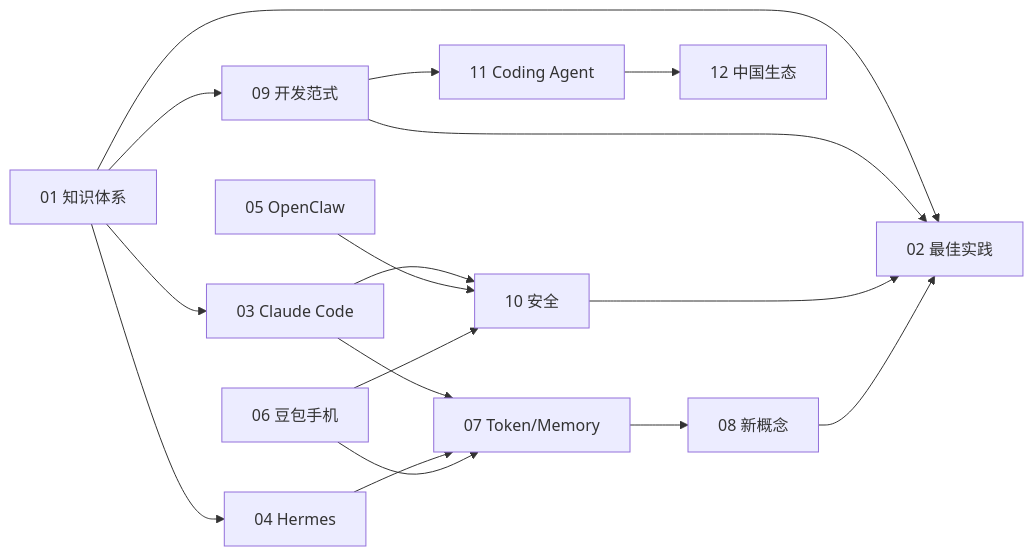
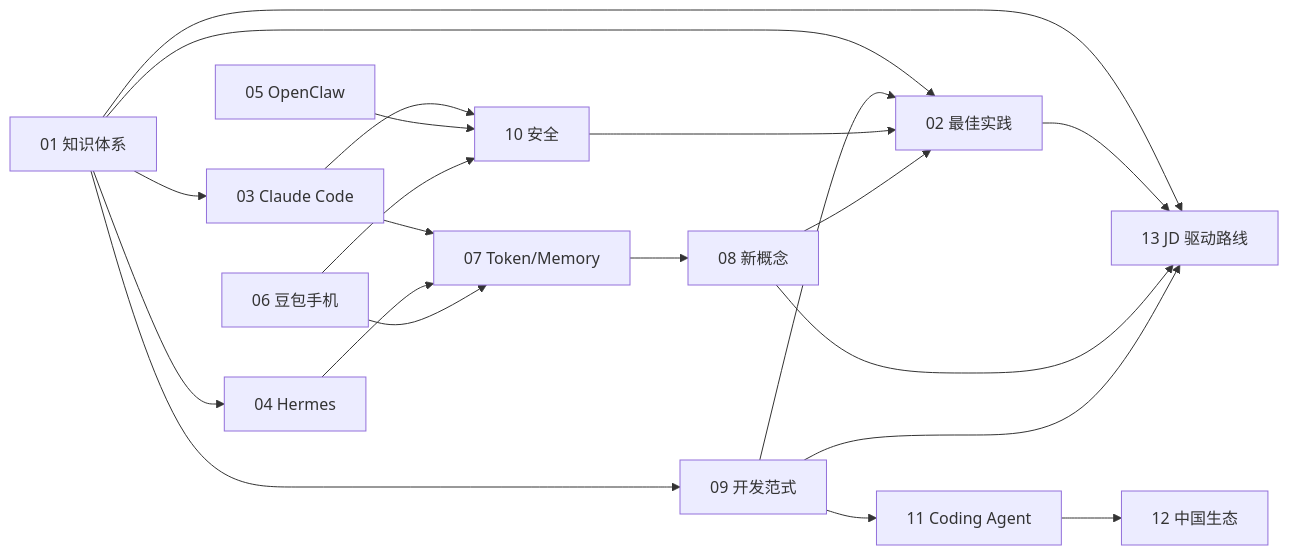
Before and after one commit to ZHHHH9980/tech-knowledge: the diagram in Agent/README.md, drawn with Mermaid. The commit also changed other lines of this file and 5 other files, not shown here.

````diff
--- a/Agent/README.md
+++ b/Agent/README.md
@@ -66,19 +75,23 @@
 ```mermaid
 flowchart LR
     doc01[01 知识体系] --> doc02[02 最佳实践]
     doc01 --> doc03[03 Claude Code]
     doc01 --> doc04[04 Hermes]
     doc01 --> doc09[09 开发范式]
     doc03 --> doc07[07 Token/Memory]
     doc04 --> doc07
     doc03 --> doc10[10 安全]
     doc05[05 OpenClaw] --> doc10
     doc06[06 豆包手机] --> doc10
     doc06 --> doc07
     doc07 --> doc08[08 新概念]
     doc09 --> doc02
     doc09 --> doc11[11 Coding Agent]
     doc11 --> doc12[12 中国生态]
     doc10 --> doc02
     doc08 --> doc02
+    doc01 --> doc13[13 JD 驱动路线]
+    doc02 --> doc13
+    doc08 --> doc13
+    doc09 --> doc13
 ```
````
